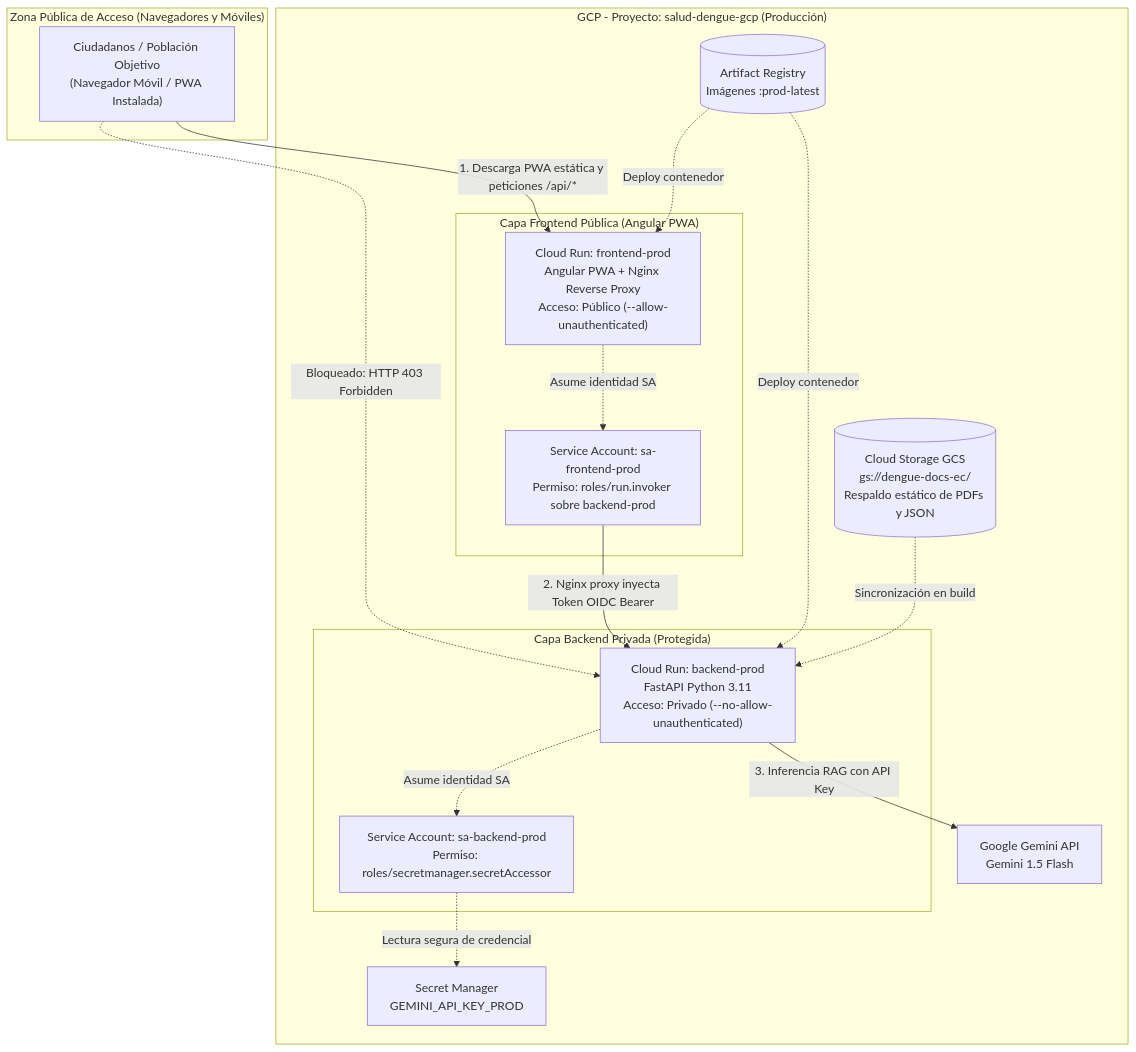
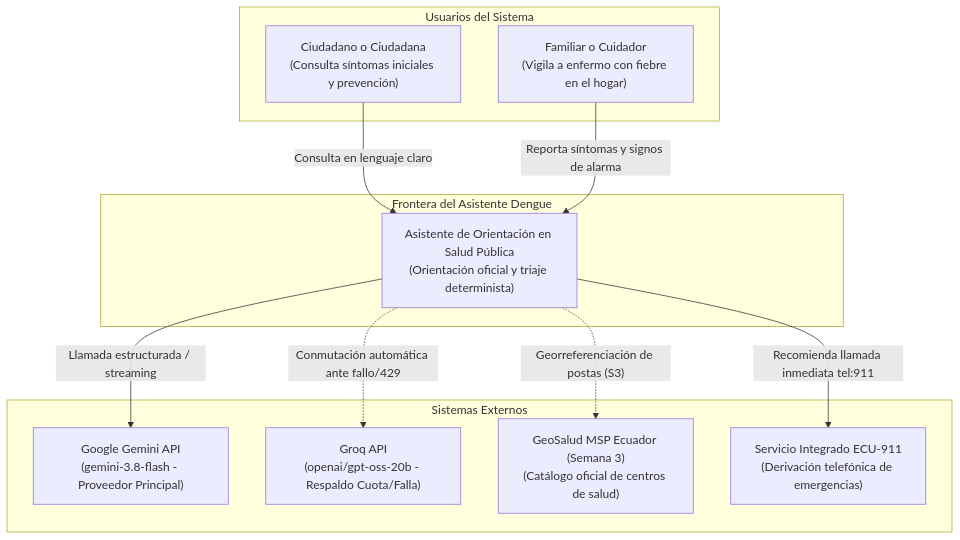
Before and after one commit to rminayacajia-hub/asistente-salud-dengue: the first of 2 diagrams in docs/03-arquitectura.md, drawn with Mermaid. The commit also changed other lines of this file and 24 other files, not shown here.

Commit message:
feat(semana-3): implementar pipeline RAG con ChromaDB, GeoSalud determinista, citas normativas y evidencias tecnicas

````diff
--- a/docs/03-arquitectura.md
+++ b/docs/03-arquitectura.md
@@ -248,38 +17,25 @@
 ```mermaid
 flowchart TD
-    subgraph InternetProd ["Zona Pública de Acceso (Navegadores y Móviles)"]
-        PublicCitizen["Ciudadanos / Población Objetivo<br/>(Navegador Móvil / PWA Instalada)"]
+    subgraph Actores ["Usuarios del Sistema"]
+        Ciudadano["Ciudadano o Ciudadana<br/>(Consulta síntomas iniciales y prevención)"]
+        Familiar["Familiar o Cuidador<br/>(Vigila a enfermo con fiebre en el hogar)"]
     end
 
-    subgraph GCP_Prod ["GCP - Proyecto: salud-dengue-gcp (Producción)"]
-        subgraph FrontClusterProd ["Capa Frontend Pública (Angular PWA)"]
-            FrontProd["Cloud Run: frontend-prod<br/>Angular PWA + Nginx Reverse Proxy<br/>Acceso: Público (--allow-unauthenticated)"]
-            SA_FrontProd["Service Account: sa-frontend-prod<br/>Permiso: roles/run.invoker sobre backend-prod"]
-        end
-
-        subgraph BackClusterProd ["Capa Backend Privada (Protegida)"]
-            BackProd["Cloud Run: backend-prod<br/>FastAPI Python 3.11<br/>Acceso: Privado (--no-allow-unauthenticated)"]
-            SA_BackProd["Service Account: sa-backend-prod<br/>Permiso: roles/secretmanager.secretAccessor"]
-        end
-
-        SecretMgrProd["Secret Manager<br/>GEMINI_API_KEY_PROD"]
-        ArtifactRegProd[("Artifact Registry<br/>Imágenes :prod-latest")]
-        GCSBucket[("Cloud Storage GCS<br/>gs://dengue-docs-ec/<br/>Respaldo estático de PDFs y JSON")]
-        GeminiProd["Google Gemini API<br/>Gemini 1.5 Flash"]
+    subgraph FronteraSistema ["Frontera del Asistente Dengue"]
+        AsistenteApp["Asistente de Orientación en Salud Pública<br/>(Orientación oficial y triaje determinista)"]
     end
 
-    %% Flujos de Producción
-    PublicCitizen -->|"1. Descarga PWA estática y peticiones /api/*"| FrontProd
-    PublicCitizen -.->|"Bloqueado: HTTP 403 Forbidden"| BackProd
-    
-    FrontProd -.->|"Asume identidad SA"| SA_FrontProd
-    SA_FrontProd -->|"2. Nginx proxy inyecta Token OIDC Bearer"| BackProd
-    
-    BackProd -.->|"Asume identidad SA"| SA_BackProd
-    SA_BackProd -.->|"Lectura segura de credencial"| SecretMgrProd
-    BackProd -->|"3. Inferencia RAG con API Key"| GeminiProd
+    subgraph Externos ["Sistemas Externos"]
+        Gemini["Google Gemini API<br/>(gemini-3.8-flash - Proveedor Principal)"]
+        Groq["Groq API<br/>(openai/gpt-oss-20b - Respaldo Cuota/Falla)"]
+        MSP_Geo["GeoSalud MSP Ecuador (Semana 3)<br/>(Catálogo oficial de centros de salud)"]
+        ECU911["Servicio Integrado ECU-911<br/>(Derivación telefónica de emergencias)"]
+    end
 
-    ArtifactRegProd -.->|"Deploy contenedor"| FrontProd
-    ArtifactRegProd -.->|"Deploy contenedor"| BackProd
-    GCSBucket -.->|"Sincronización en build"| BackProd
+    Ciudadano -->|"Consulta en lenguaje claro"| AsistenteApp
+    Familiar -->|"Reporta síntomas y signos de alarma"| AsistenteApp
+    AsistenteApp -->|"Llamada estructurada / streaming"| Gemini
+    AsistenteApp -.->|"Conmutación automática ante fallo/429"| Groq
+    AsistenteApp -.->|"Georreferenciación de postas (S3)"| MSP_Geo
+    AsistenteApp -->|"Recomienda llamada inmediata tel:911"| ECU911
 ```
````
